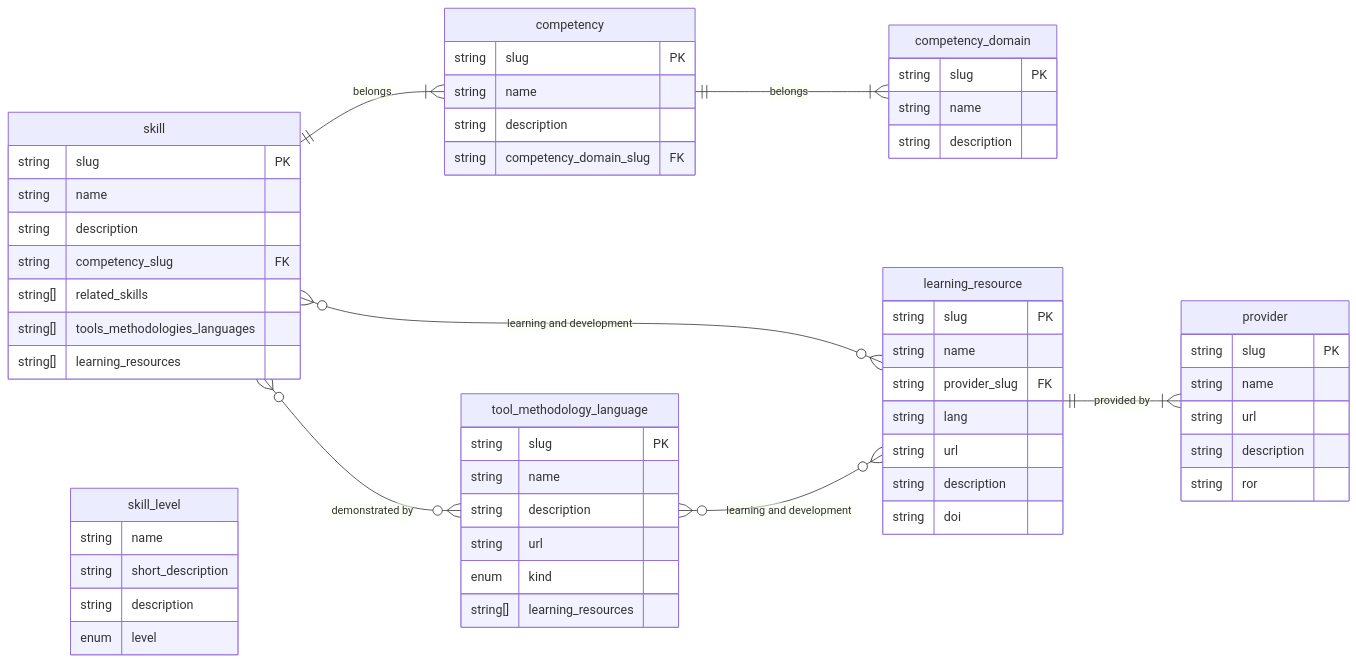
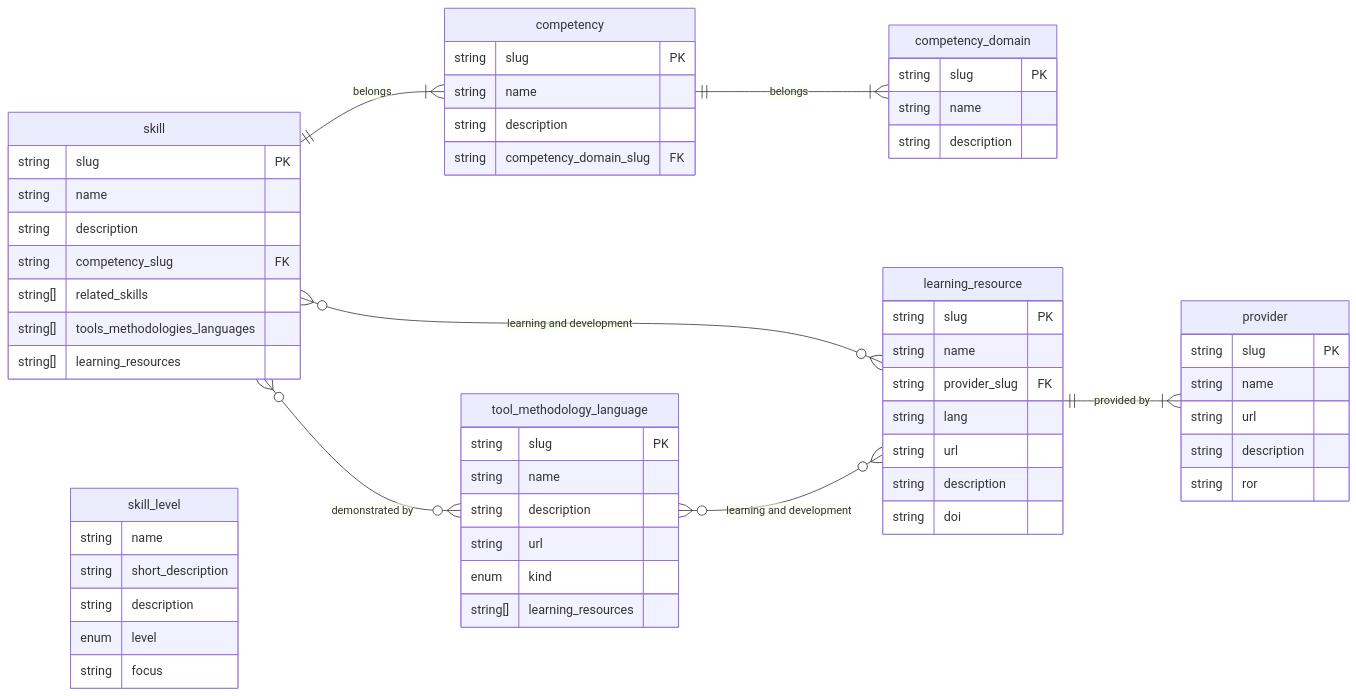
The diagram in framework/README.md (direct-framework/digital-research-competencies-framework), drawn with Mermaid before and after one commit.

````diff
--- a/framework/README.md
+++ b/framework/README.md
@@ -17,67 +17,68 @@
 ```mermaid
 erDiagram
     direction LR
     competency ||--|{competency_domain : belongs
     skill ||--|{ competency : belongs
     skill }o--o{ tool_methodology_language : "demonstrated by"
     skill }o--o{ learning_resource: "learning and development"
     tool_methodology_language }o--o{ learning_resource : "learning and development"
     learning_resource ||--|{ provider : "provided by"
 
     competency_domain {
             string slug PK
 	    string name
 	    string description
     }
 
     competency {
 	    string slug PK
 	    string name
 	    string description
 	    string competency_domain_slug FK
     }
 
     skill {
 	    string slug PK
 	    string name
 	    string description
 	    string competency_slug FK
             string[] related_skills
             string[] tools_methodologies_languages
             string[] learning_resources
     }
 
     tool_methodology_language {
         string slug PK
         string name
         string description
         string url
         enum kind
         string[] learning_resources
     }
 
     learning_resource {
         string slug PK
         string name
         string provider_slug FK
         string lang
         string url
         string description
         string doi
     }
 
     provider {
         string slug PK
         string name
         string url
         string description
         string ror
     }
 
     skill_level {
 	    string name
 	    string short_description
 	    string description
             enum level
+		string focus
     }
 ```
````
